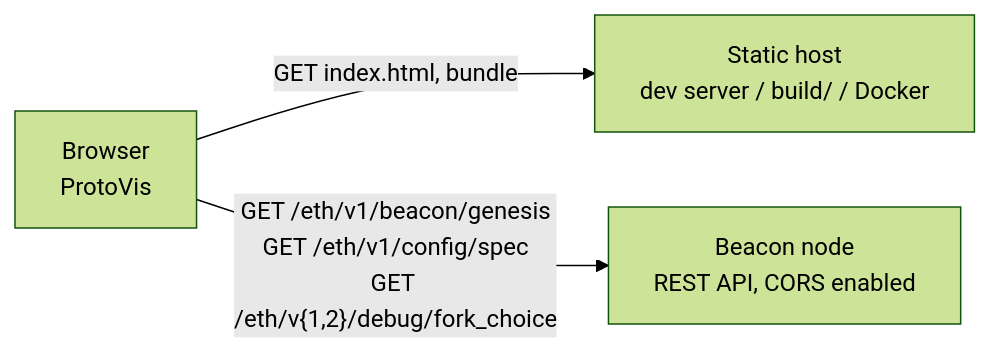
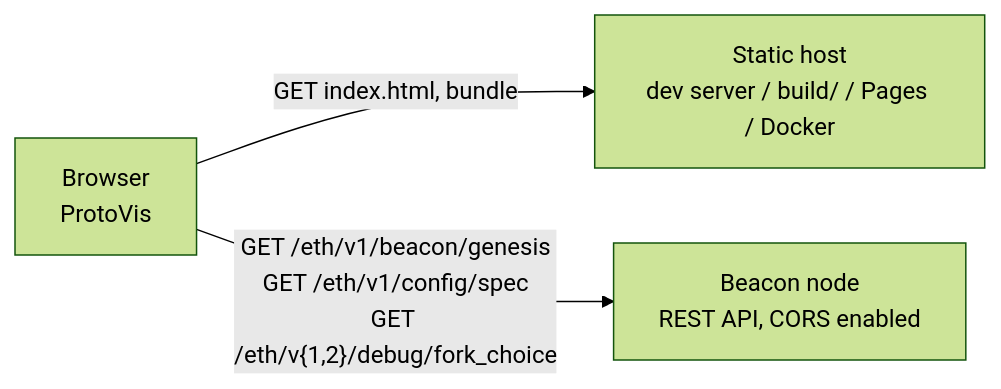
Before and after one commit to tbenr/protovis: the first of 3 diagrams in README.md, drawn with Mermaid (forest theme). The commit also changed other lines of this file, not shown here.

````diff
--- a/README.md
+++ b/README.md
@@ -138,8 +217,8 @@
 ```mermaid
 flowchart LR
     B["Browser<br/>ProtoVis"]
-    S["Static host<br/>dev server / build/ / Docker"]
+    S["Static host<br/>dev server / build/ / Pages / Docker"]
     N["Beacon node<br/>REST API, CORS enabled"]
     B -- "GET index.html, bundle" --> S
     B -- "GET /eth/v1/beacon/genesis<br/>GET /eth/v1/config/spec<br/>GET /eth/v{1,2}/debug/fork_choice" --> N
 ```
````
